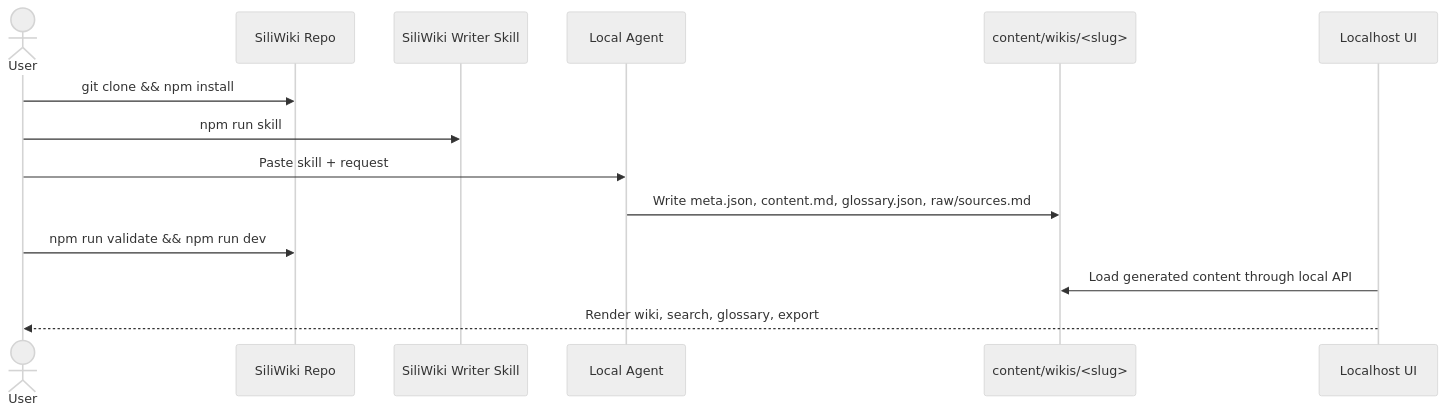
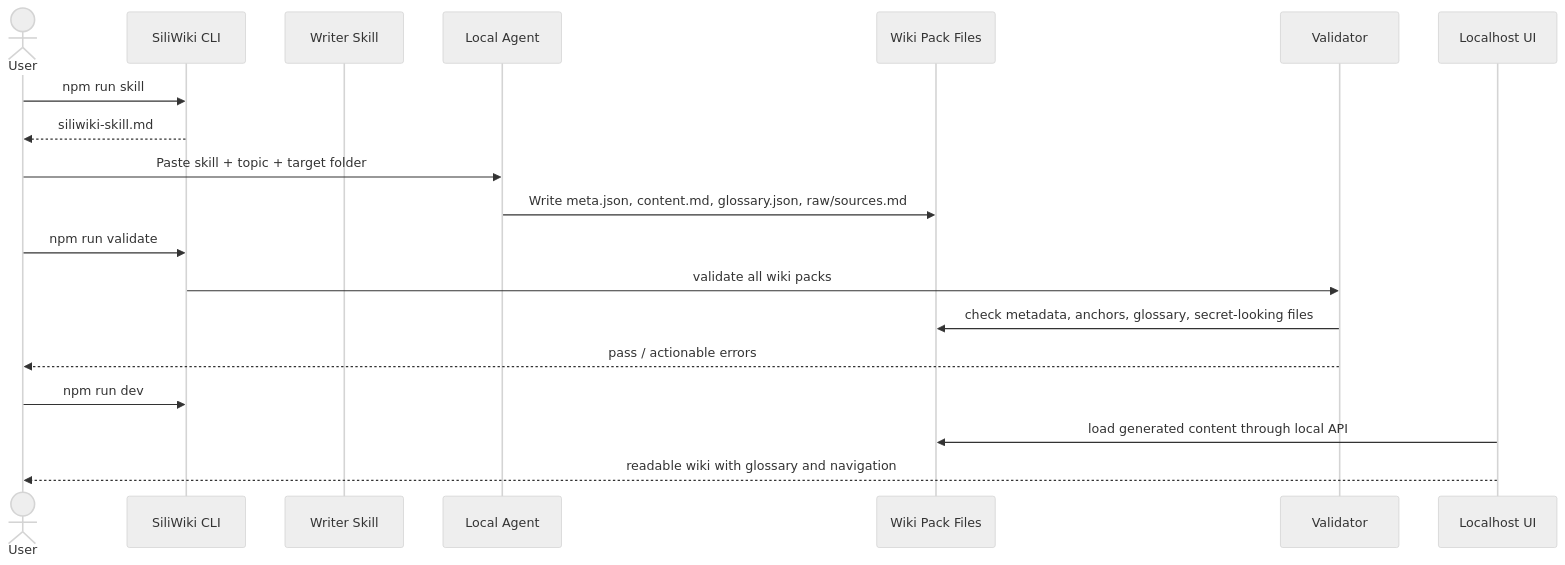
The sixth of 7 diagrams in README.md (Yvnminc/SiliWiki), drawn with Mermaid (neutral theme) before and after one commit. The commit also changed other lines of this file, not shown here.

````diff
--- a/README.md
+++ b/README.md
@@ -61,17 +301,22 @@
 ```mermaid
 sequenceDiagram
     actor U as User
-    participant Repo as SiliWiki Repo
-    participant Skill as SiliWiki Writer Skill
-    participant Agent as Local Agent
-    participant Files as content/wikis/<slug>
+    participant CLI as SiliWiki CLI
+    participant Skill as Writer Skill
+    participant A as Local Agent
+    participant P as Wiki Pack Files
+    participant V as Validator
     participant UI as Localhost UI
 
-    U->>Repo: git clone && npm install
-    U->>Skill: npm run skill
-    U->>Agent: Paste skill + request
-    Agent->>Files: Write meta.json, content.md, glossary.json, raw/sources.md
-    U->>Repo: npm run validate && npm run dev
-    UI->>Files: Load generated content through local API
-    UI-->>U: Render wiki, search, glossary, export
+    U->>CLI: npm run skill
+    CLI-->>U: siliwiki-skill.md
+    U->>A: Paste skill + topic + target folder
+    A->>P: Write meta.json, content.md, glossary.json, raw/sources.md
+    U->>CLI: npm run validate
+    CLI->>V: validate all wiki packs
+    V->>P: check metadata, anchors, glossary, secret-looking files
+    V-->>U: pass / actionable errors
+    U->>CLI: npm run dev
+    UI->>P: load generated content through local API
+    UI-->>U: readable wiki with glossary and navigation
 ```
````
